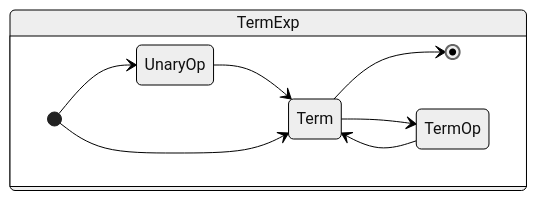
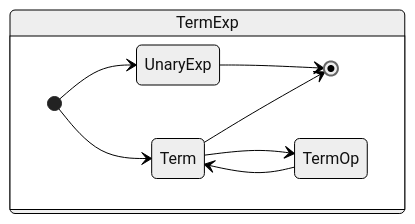
One commit to coszio/gucci-lang changed diagram 19 of 35 in docs/syntax/syntax.md. Above: the diagram before and after it, drawn with Mermaid (neutral theme). The commit also changed other lines of this file and 2 other files, not shown here.

````diff
--- a/docs/syntax/syntax.md
+++ b/docs/syntax/syntax.md
@@ -217,12 +221,12 @@
 ```mermaid
 stateDiagram-v2
 state TermExp {
   direction LR
-  [*] --> UnaryOp
-  UnaryOp --> Term
+  [*] --> UnaryExp
+  UnaryExp --> [*]
   [*] --> Term
   Term --> [*]
   Term --> TermOp
   TermOp --> Term
 }
 ```
````
